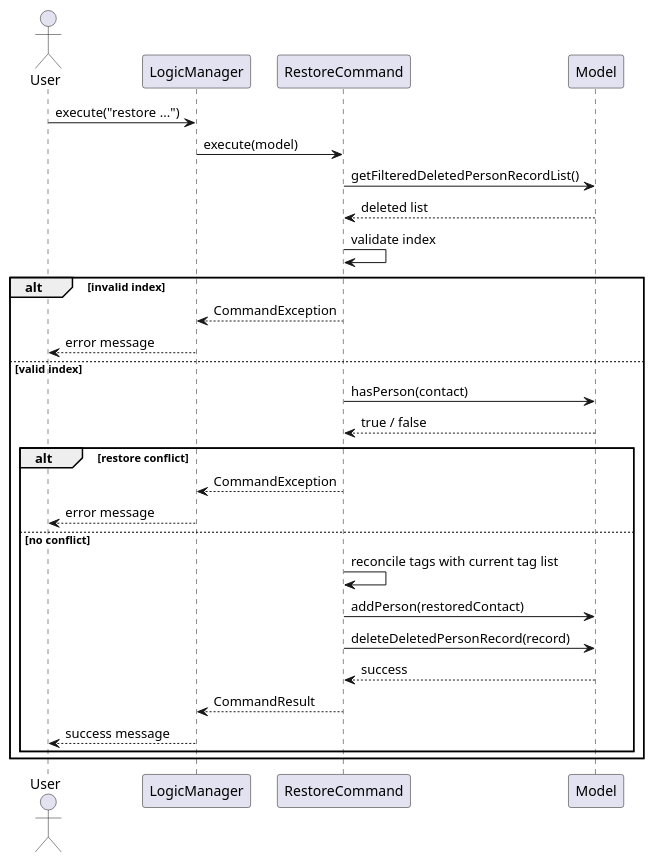
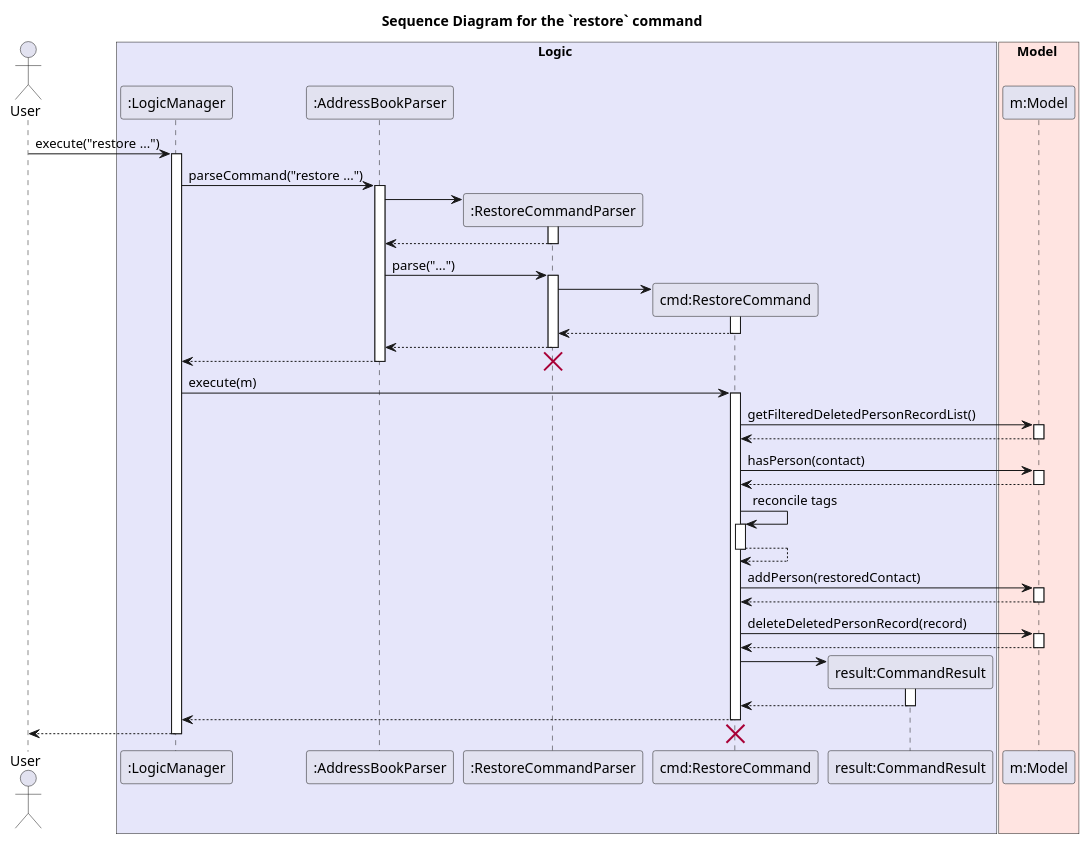
One commit to savagexr3/tp changed the diagram in docs/diagrams/RestoreSequenceDiagram.puml. Above: the diagram before and after it, drawn with PlantUML.

Commit message:
Update sequence diagram for restore

```diff
--- a/docs/diagrams/RestoreSequenceDiagram.puml
+++ b/docs/diagrams/RestoreSequenceDiagram.puml
@@ -1,37 +1,89 @@
 @startuml
+title Sequence Diagram for the `restore` command
 
 actor User
-participant "LogicManager" as Logic
-participant "RestoreCommand" as Command
-participant "Model" as Model
+
+box Logic #E6E6FA
+participant ":LogicManager" as Logic
+participant ":AddressBookParser" as ABParser
+participant ":RestoreCommandParser" as Parser
+participant "cmd:RestoreCommand" as Command
+participant "result:CommandResult" as Result
+end box
+
+box Model #FFE4E1
+participant "m:Model" as Model
+end box
 
 User -> Logic : execute("restore ...")
-Logic -> Command : execute(model)
+activate Logic
+
+Logic -> ABParser : parseCommand("restore ...")
+activate ABParser
+
+create Parser
+ABParser -> Parser
+activate Parser
+
+ABParser <-- Parser
+deactivate Parser
+
+ABParser -> Parser : parse("...")
+activate Parser
+
+create Command
+Parser -> Command
+activate Command
+
+Parser <-- Command
+deactivate Command
+
+ABParser <-- Parser
+deactivate Parser
+
+Logic <-- ABParser
+destroy Parser
+deactivate ABParser
+
+Logic -> Command : execute(m)
+activate Command
 
 Command -> Model : getFilteredDeletedPersonRecordList()
-Model --> Command : deleted list
+activate Model
+Model --> Command
+deactivate Model
 
-Command -> Command : validate index
+Command -> Model : hasPerson(contact)
+activate Model
+Model --> Command
+deactivate Model
 
-alt invalid index
-    Command --> Logic : CommandException
-    Logic --> User : error message
-else valid index
-    Command -> Model : hasPerson(contact)
-    Model --> Command : true / false
+Command -> Command : reconcile tags
+activate Command
+Command --> Command
+deactivate Command
 
+Command -> Model : addPerson(restoredContact)
+activate Model
+Model --> Command
+deactivate Model
 
-    alt restore conflict
-        Command --> Logic : CommandException
-        Logic --> User : error message
-    else no conflict
-        Command -> Command : reconcile tags with current tag list
-        Command -> Model : addPerson(restoredContact)
-        Command -> Model : deleteDeletedPersonRecord(record)
-        Model --> Command : success
-        Command --> Logic : CommandResult
-        Logic --> User : success message
-    end
-end
+Command -> Model : deleteDeletedPersonRecord(record)
+activate Model
+Model --> Command
+deactivate Model
+
+create Result
+Command -> Result
+activate Result
+Result --> Command
+deactivate Result
+
+Logic <-- Command
+deactivate Command
+
+User <-- Logic
+destroy Command
+deactivate Logic
 
 @enduml
```
